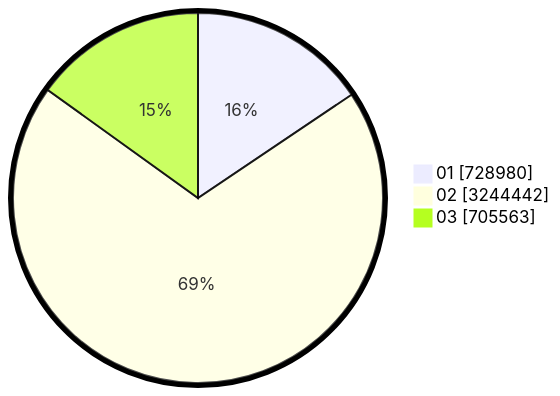
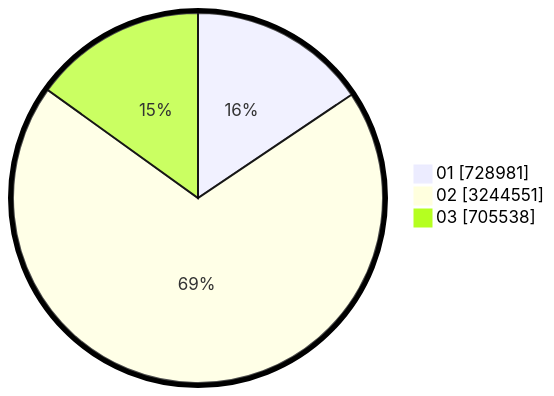
The second of 2 diagrams in pilpres/hitung-suara/sub/table-wilayah-18.md (gigit-pemilu/pemilu-2024), drawn with Mermaid before and after one commit. The commit also changed other lines of this file and 12 other files, not shown here.

````diff
--- a/pilpres/hitung-suara/sub/table-wilayah-18.md
+++ b/pilpres/hitung-suara/sub/table-wilayah-18.md
@@ -15,7 +15,7 @@
 ```mermaid
 %%{init: {"pie": {"textPosition": 0.5}, "themeVariables": {"pieOuterStrokeWidth": "5px"}} }%%
 pie showData
-    "01" : 728980
-    "02" : 3244442
-    "03" : 705563
+    "01" : 728981
+    "02" : 3244551
+    "03" : 705538
 ```
````
